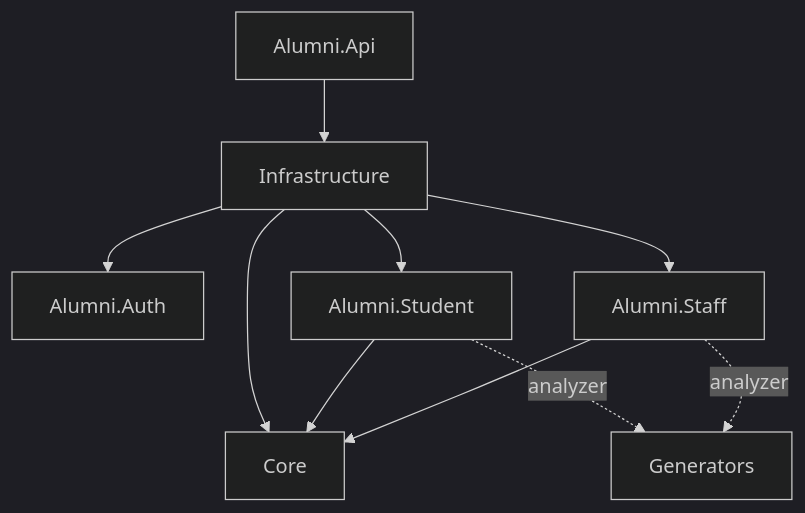
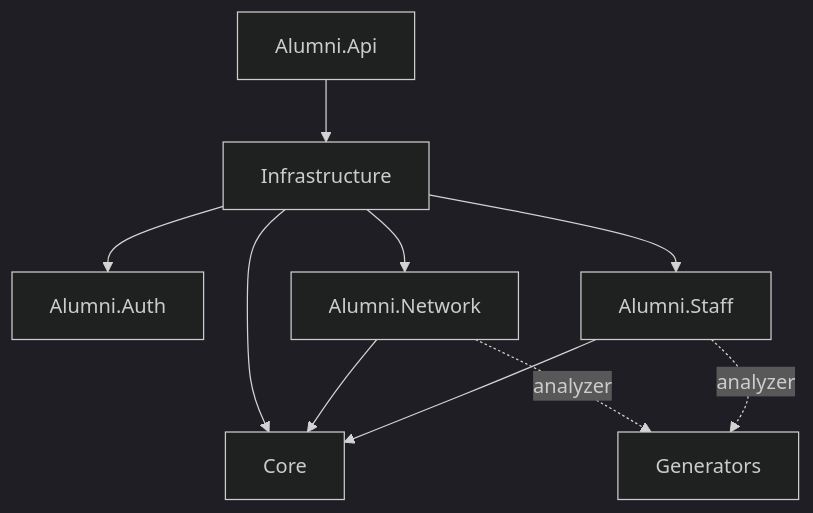
The first of 2 diagrams in docs/Architecture.md (MihirJayavant/AlumniService), drawn with Mermaid (dark theme) before and after one commit. The commit also changed other lines of this file and 168 other files, not shown here.

````diff
--- a/docs/Architecture.md
+++ b/docs/Architecture.md
@@ -23,12 +23,12 @@
 ```mermaid
 flowchart TD
     API[Alumni.Api] --> Infra[Infrastructure]
     Infra --> Auth[Alumni.Auth]
-    Infra --> Student[Alumni.Student]
+    Infra --> Member[Alumni.Network]
     Infra --> Faculty[Alumni.Staff]
     Infra --> Core[Core]
-    Student --> Core
+    Member --> Core
     Faculty --> Core
-    Student -. analyzer .-> Gen[Generators]
+    Member -. analyzer .-> Gen[Generators]
     Faculty -. analyzer .-> Gen
 ```
````
